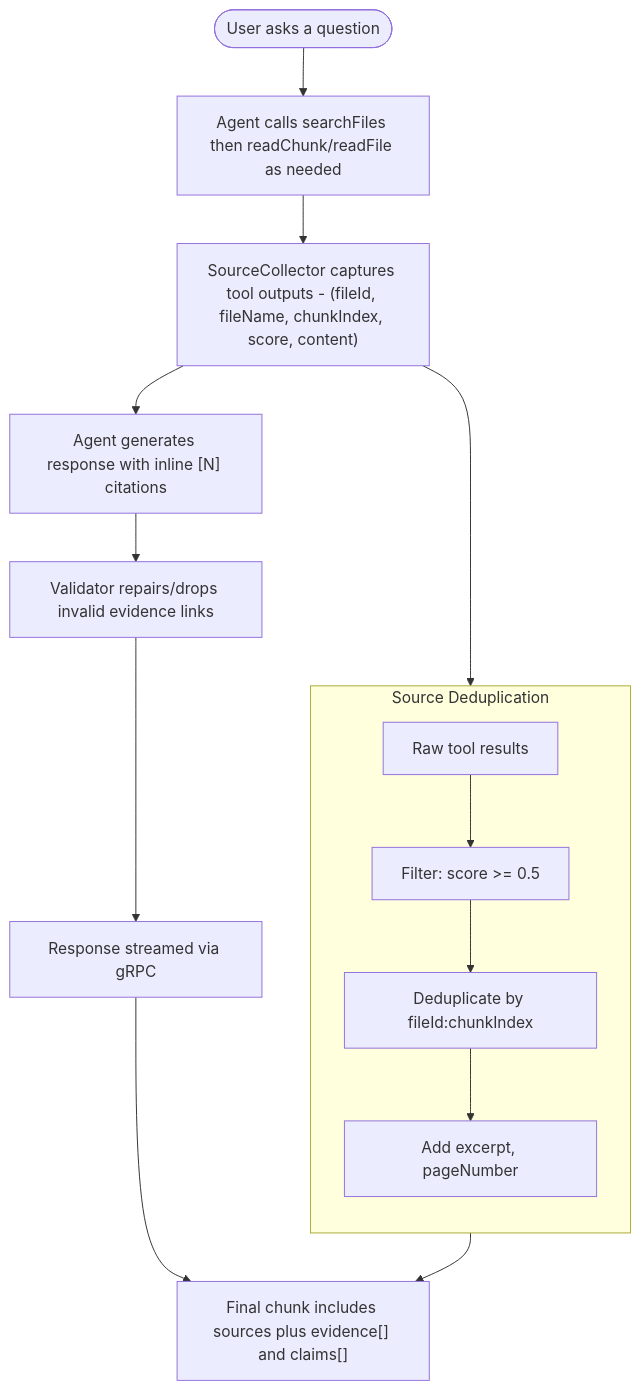
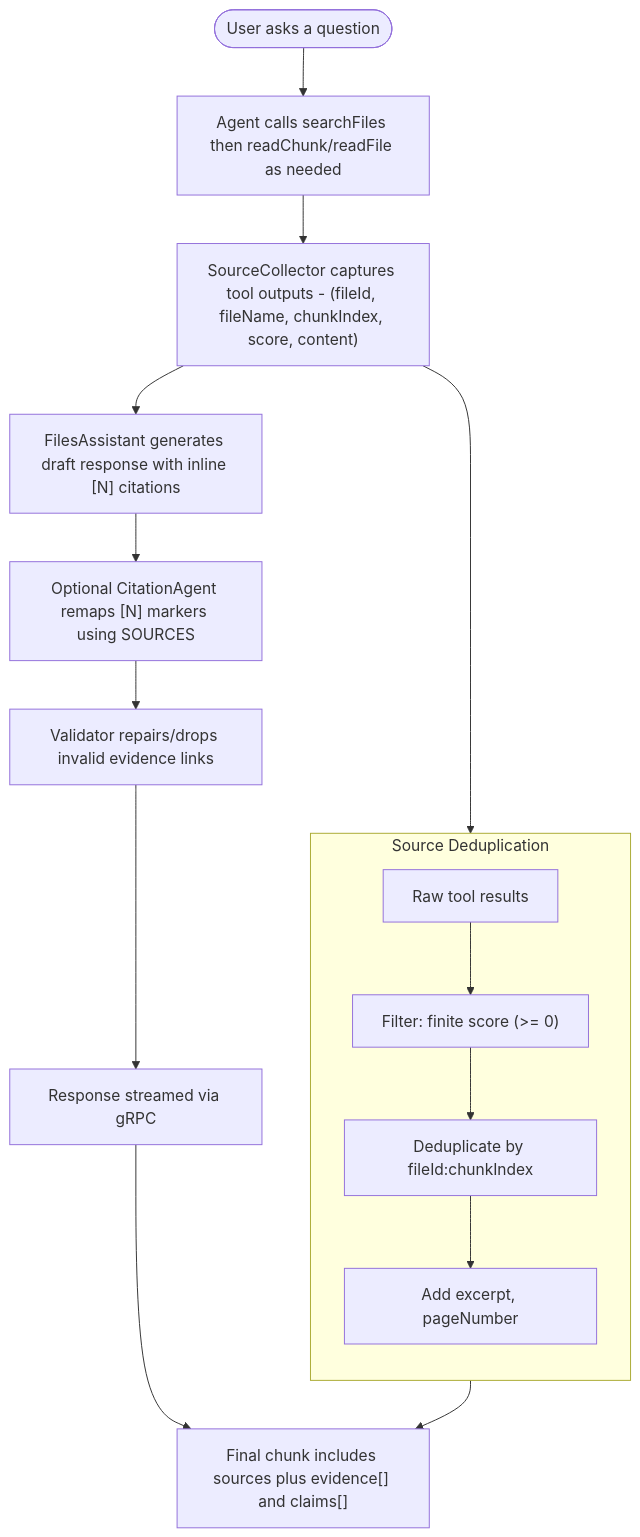
One commit to JackTran15/files-assistant-system changed the fourth of 6 diagrams in docs/scenarios.md. Above: the diagram before and after it, drawn with Mermaid. The commit also changed other lines of this file, not shown here.

Commit message:
feat: enhance citation handling and clarify system architecture in documentation

````diff
--- a/docs/scenarios.md
+++ b/docs/scenarios.md
@@ -212,19 +212,20 @@
 ```mermaid
 flowchart TD
     Start(["User asks a question"]) --> Tools["Agent calls searchFiles then readChunk/readFile as needed"]
     Tools --> Collector["SourceCollector captures tool outputs - (fileId, fileName, chunkIndex, score, content)"]
-    Collector --> Generate["Agent generates response with inline [N] citations"]
-    Generate --> Validate["Validator repairs/drops invalid evidence links"]
+    Collector --> Generate["FilesAssistant generates draft response with inline [N] citations"]
+    Generate --> Remap["Optional CitationAgent remaps [N] markers using SOURCES"]
+    Remap --> Validate["Validator repairs/drops invalid evidence links"]
     Validate --> Stream["Response streamed via gRPC"]
     Stream --> Final["Final chunk includes sources plus evidence[] and claims[]"]
 
     subgraph SourceDedup["Source Deduplication"]
         direction TB
-        Raw["Raw tool results"] --> Filter["Filter: score >= 0.5"]
+        Raw["Raw tool results"] --> Filter["Filter: finite score (>= 0)"]
         Filter --> Dedup["Deduplicate by fileId:chunkIndex"]
         Dedup --> Enrich["Add excerpt, pageNumber"]
     end
 
     Collector --> SourceDedup
     SourceDedup --> Final
 ```
````
